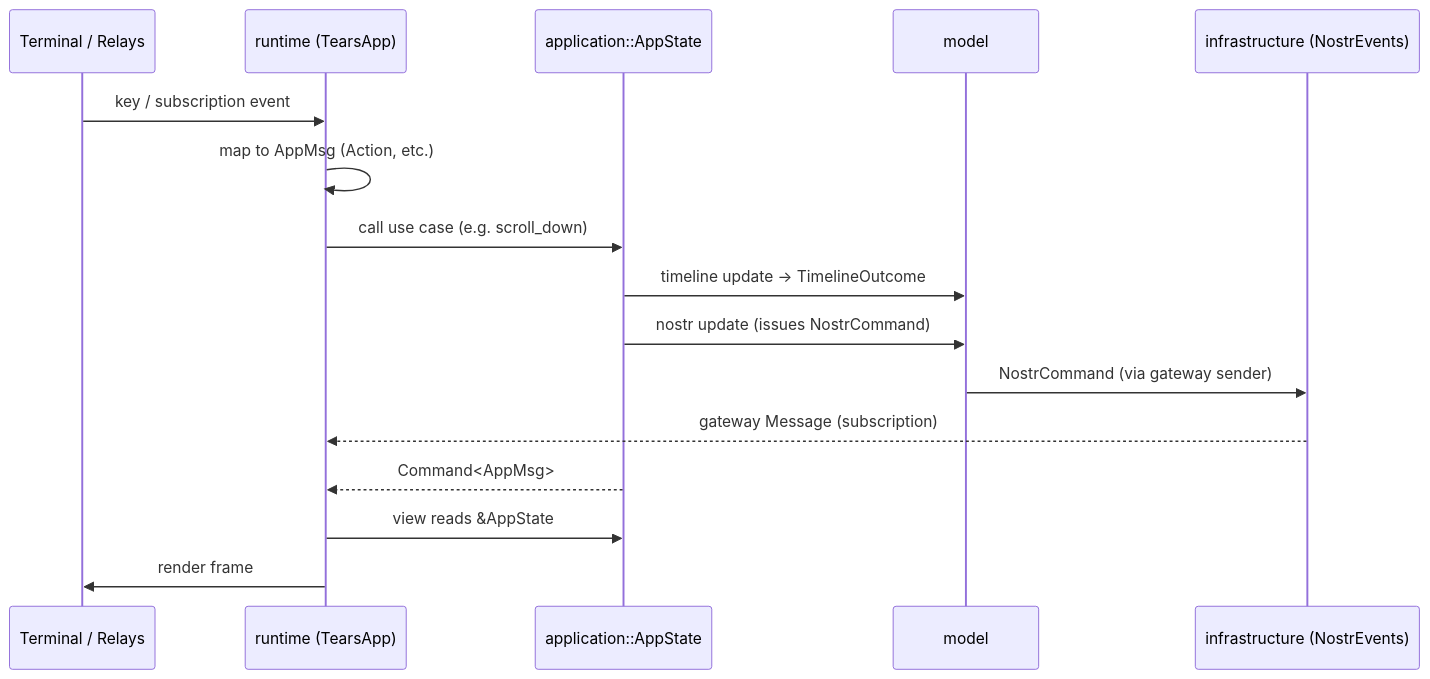
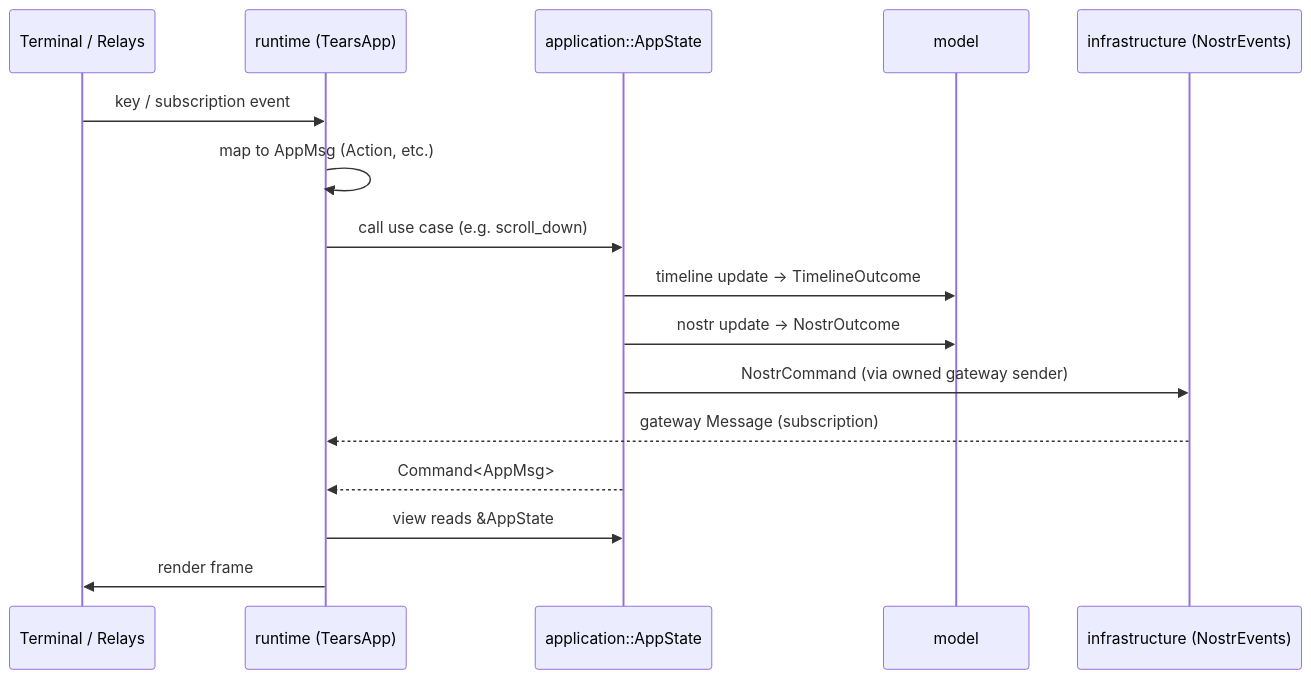
The third of 3 diagrams in docs/architecture.md (akiomik/nostui), drawn with Mermaid before and after one commit. The commit also changed other lines of this file and 2 other files, not shown here.

First line of the commit message:
refactor: make model::nostr side-effect free via NostrOutcome

````diff
--- a/docs/architecture.md
+++ b/docs/architecture.md
@@ -282,19 +282,19 @@
 ```mermaid
 sequenceDiagram
     participant Ext as Terminal / Relays
     participant RT as runtime (TearsApp)
     participant ST as application::AppState
     participant MD as model
     participant IN as infrastructure (NostrEvents)
 
     Ext->>RT: key / subscription event
     RT->>RT: map to AppMsg (Action, etc.)
     RT->>ST: call use case (e.g. scroll_down)
     ST->>MD: timeline update → TimelineOutcome
-    ST->>MD: nostr update (issues NostrCommand)
-    MD->>IN: NostrCommand (via gateway sender)
+    ST->>MD: nostr update → NostrOutcome
+    ST->>IN: NostrCommand (via owned gateway sender)
     IN-->>RT: gateway Message (subscription)
     ST-->>RT: Command<AppMsg>
     RT->>ST: view reads &AppState
     RT->>Ext: render frame
 ```
````
